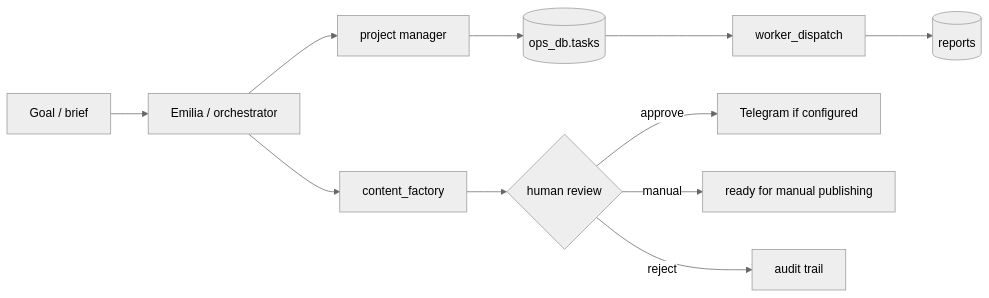
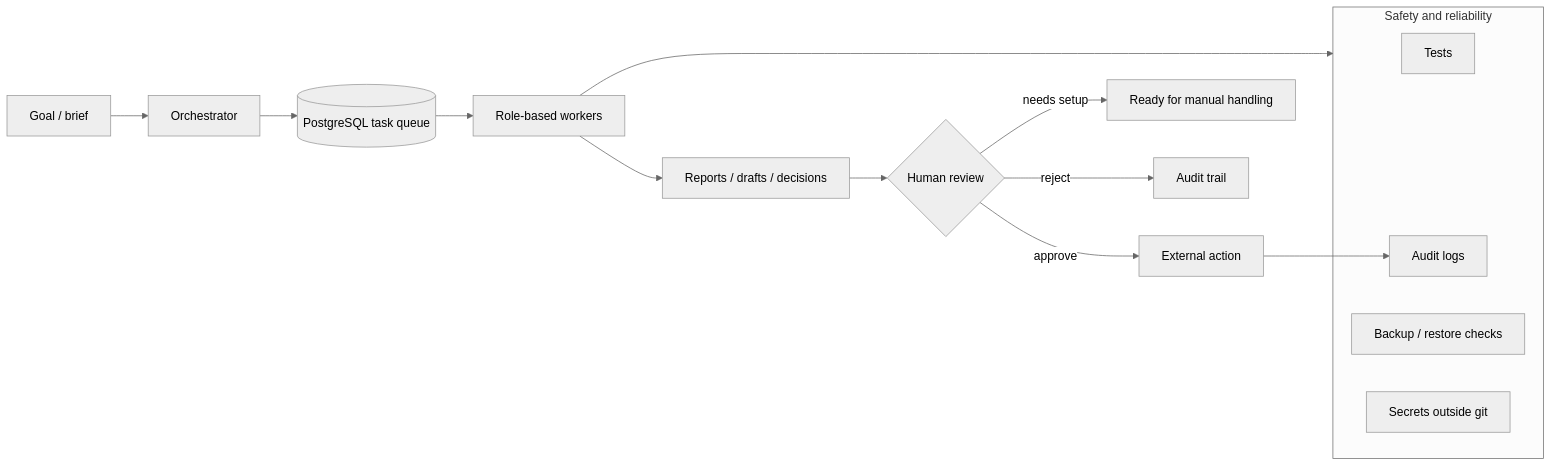
Before and after one commit to Lenis45/Lenis45: the diagram in README.md, drawn with Mermaid (neutral theme). The commit also changed other lines of this file, not shown here.

````diff
--- a/README.md
+++ b/README.md
@@ -100,13 +143,21 @@
 ```mermaid
 flowchart LR
-    Goal["Goal / brief"] --> Orchestrator["Emilia / orchestrator"]
-    Orchestrator --> PM["project manager"]
-    PM --> Queue[("ops_db.tasks")]
-    Queue --> Worker["worker_dispatch"]
-    Worker --> Reports[("reports")]
-    Orchestrator --> Content["content_factory"]
-    Content --> Review{"human review"}
-    Review -->|approve| Publish["Telegram if configured"]
-    Review -->|manual| Ready["ready for manual publishing"]
-    Review -->|reject| Archive["audit trail"]
+    Brief["Goal / brief"] --> Orchestrator["Orchestrator"]
+    Orchestrator --> Queue[("PostgreSQL task queue")]
+    Queue --> Workers["Role-based workers"]
+    Workers --> Artifacts["Reports / drafts / decisions"]
+    Artifacts --> Review{"Human review"}
+    Review -->|approve| Action["External action"]
+    Review -->|needs setup| Ready["Ready for manual handling"]
+    Review -->|reject| Archive["Audit trail"]
+
+    subgraph Safety["Safety and reliability"]
+        Tests["Tests"]
+        Audit["Audit logs"]
+        Backup["Backup / restore checks"]
+        Secrets["Secrets outside git"]
+    end
+
+    Workers --> Safety
+    Action --> Audit
 ```
````
